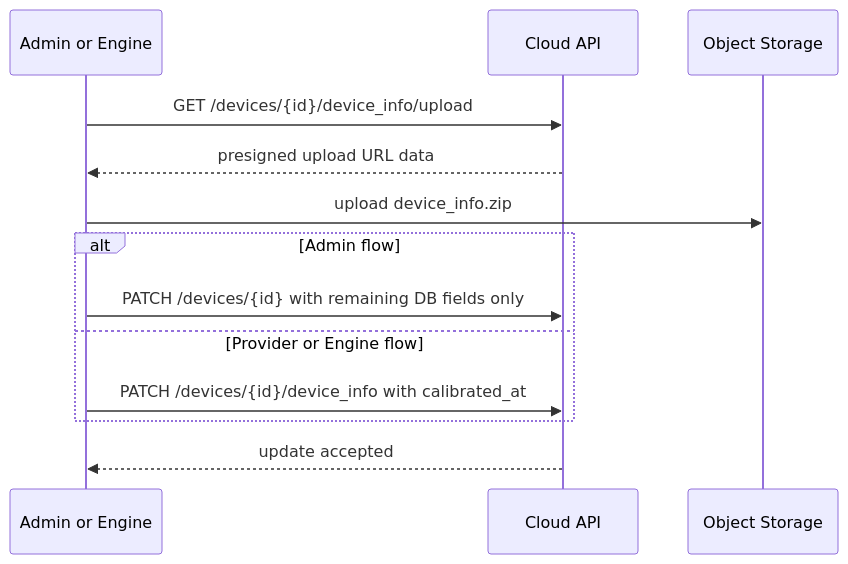
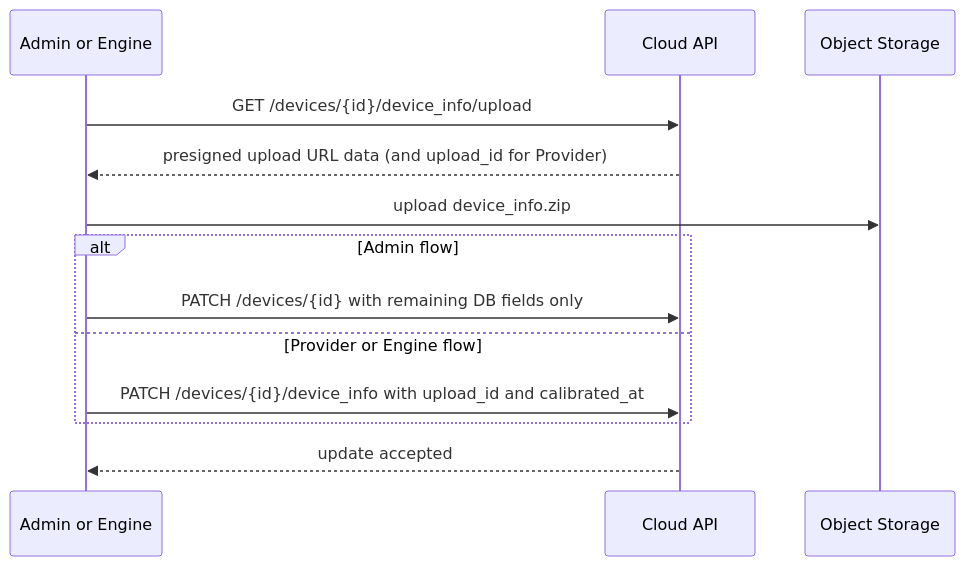
The diagram in docs/en/architecture/device_info_in_detail.md (oqtopus-team/oqtopus-cloud), drawn with Mermaid before and after one commit. The commit also changed other lines of this file and 8 other files, not shown here.

Commit message:
fix: bind device info confirmation to uploads

````diff
--- a/docs/en/architecture/device_info_in_detail.md
+++ b/docs/en/architecture/device_info_in_detail.md
@@ -51,16 +51,16 @@
 ```mermaid
 sequenceDiagram
    participant Client as Admin or Engine
    participant API as Cloud API
    participant Storage as Object Storage
 
    Client->>API: GET /devices/{id}/device_info/upload
-   API-->>Client: presigned upload URL data
+   API-->>Client: presigned upload URL data (and upload_id for Provider)
    Client->>Storage: upload device_info.zip
    alt Admin flow
       Client->>API: PATCH /devices/{id} with remaining DB fields only
    else Provider or Engine flow
-      Client->>API: PATCH /devices/{id}/device_info with calibrated_at
+      Client->>API: PATCH /devices/{id}/device_info with upload_id and calibrated_at
    end
    API-->>Client: update accepted
 ```
````
